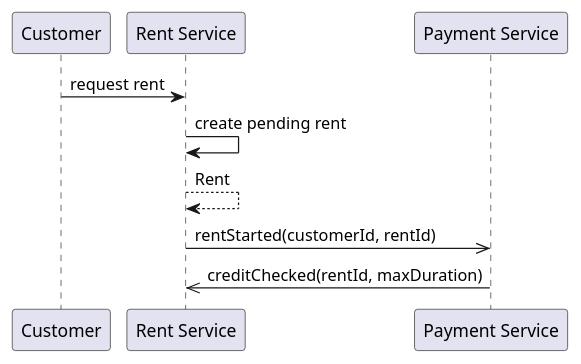
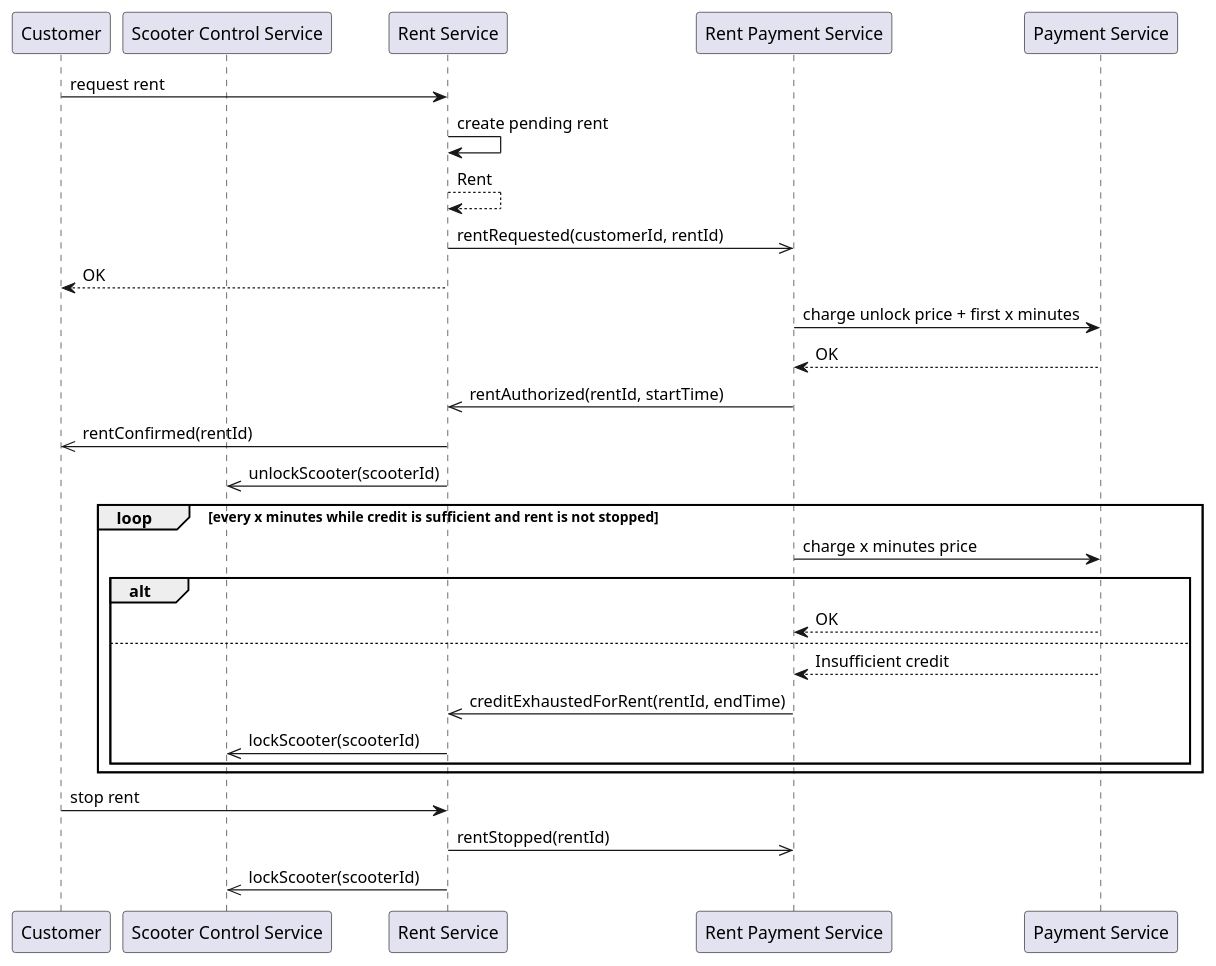
The second of 2 diagrams in Domain Models/Rent/Rent Payment.md (e-scooter-2077/documentation), drawn with PlantUML before and after one commit. The commit also changed other lines of this file and 2 other files, not shown here.

Commit message:
Modify Payment responsibilities

````diff
--- a/Domain Models/Rent/Rent Payment.md
+++ b/Domain Models/Rent/Rent Payment.md
@@ -79,18 +33,46 @@
 ```plantuml
 @startuml
 participant "Customer" as customer
+participant "Scooter Control Service" as control
 participant "Rent Service" as rent
+participant "Rent Payment Service" as rent_payment
 participant "Payment Service" as payment
 
 customer -> rent : request rent
 
 rent -> rent : create pending rent
 return Rent
 
-rent ->> payment : rentStarted(customerId, rentId)
+rent ->> rent_payment : rentRequested(customerId, rentId)
 
+rent --> customer : OK
 
-payment ->> rent : creditChecked(rentId, maxDuration)
+rent_payment -> payment : charge unlock price + first x minutes
+return OK
+
+rent_payment ->> rent : rentAuthorized(rentId, startTime)
+
+rent ->> customer : rentConfirmed(rentId)
+
+rent ->> control : unlockScooter(scooterId)
+
+loop every x minutes while credit is sufficient and rent is not stopped
+  rent_payment -> payment : charge x minutes price
+  alt
+    payment --> rent_payment : OK
+  else
+    payment --> rent_payment : Insufficient credit
+    rent_payment ->> rent : creditExhaustedForRent(rentId, endTime)
+
+    rent ->> control : lockScooter(scooterId)
+  end
+end
+
+customer -> rent : stop rent
+
+rent ->> rent_payment : rentStopped(rentId)
+
+rent ->> control : lockScooter(scooterId)
 
 @enduml
 ```
````
